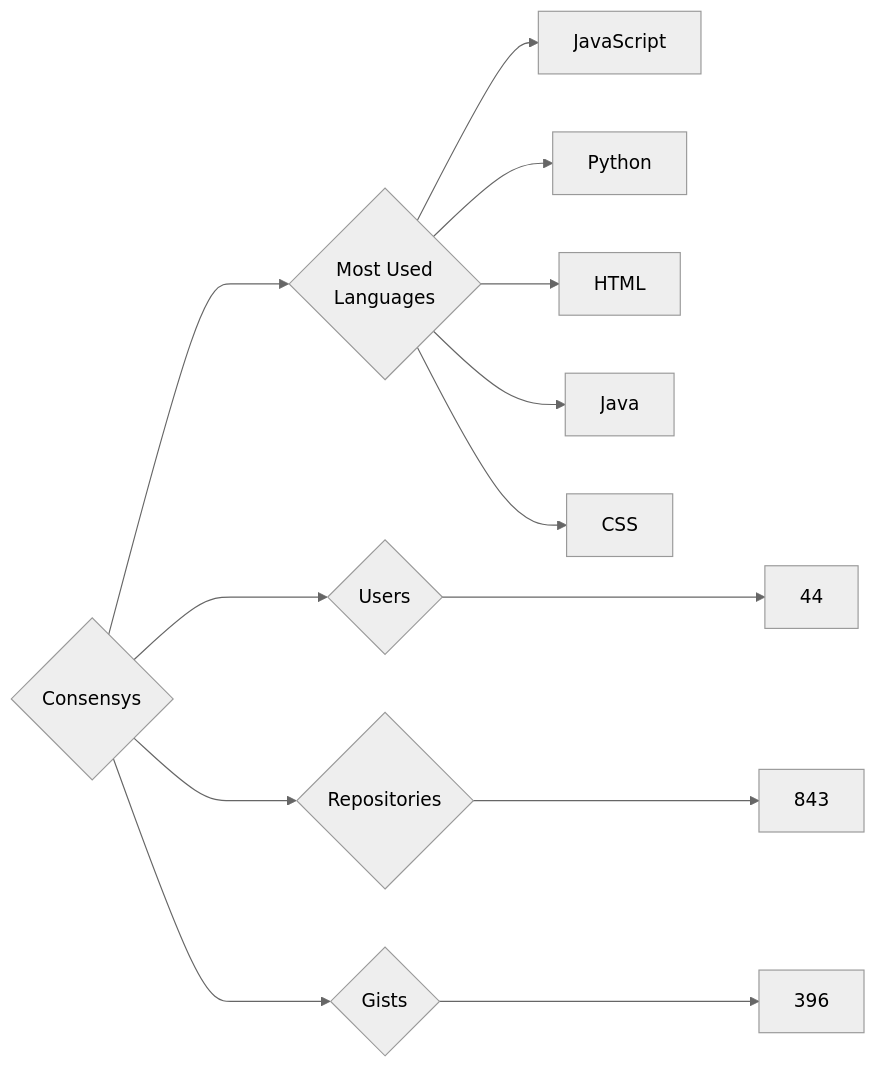
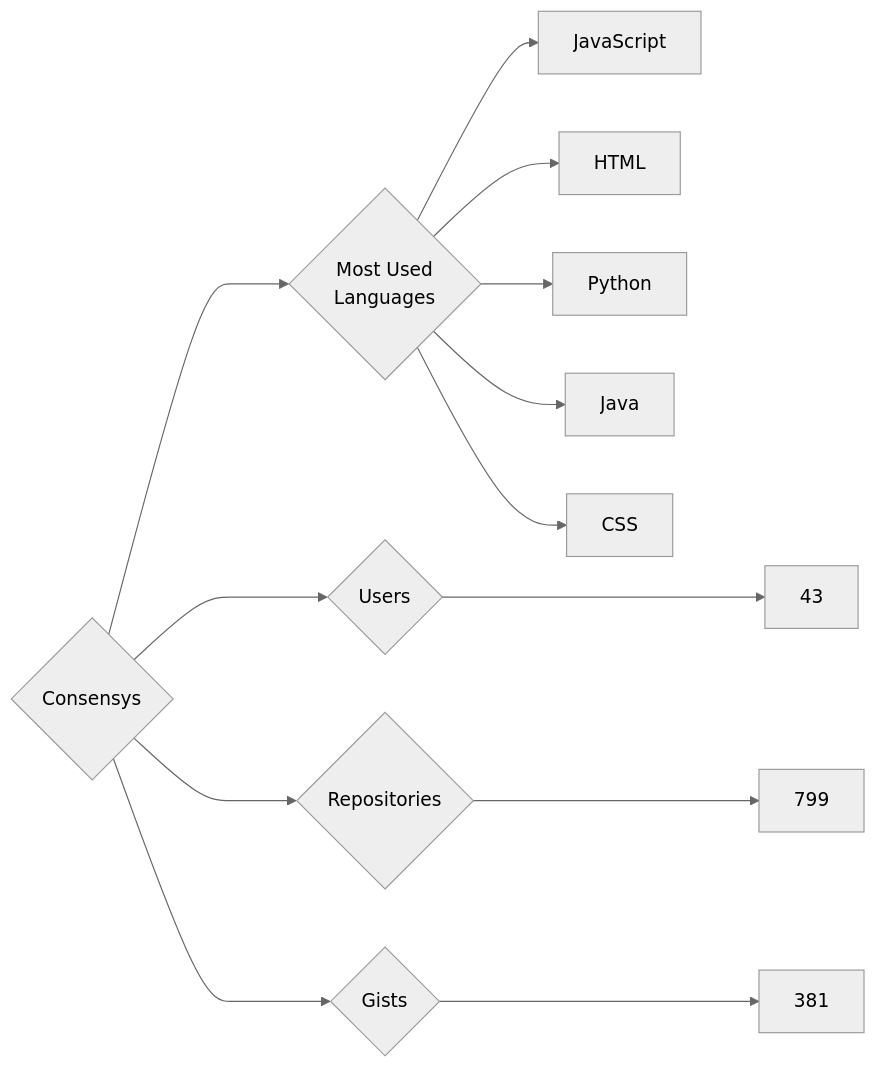
The diagram in targets/Consensys/README.md (trickest/insiders), drawn with Mermaid (neutral theme) before and after one commit. The commit also changed 614 other files, not shown here.

````diff
--- a/targets/Consensys/README.md
+++ b/targets/Consensys/README.md
@@ -3,13 +3,13 @@
 ```mermaid
 graph LR
 COMPANY_NAME{Consensys}
-COMPANY_NAME ---> U{Users} ---> UN[44]
-COMPANY_NAME ---> R{Repositories} ---> RN[843]
-COMPANY_NAME ---> G{Gists} ---> GN[396]
+COMPANY_NAME ---> U{Users} ---> UN[43]
+COMPANY_NAME ---> R{Repositories} ---> RN[799]
+COMPANY_NAME ---> G{Gists} ---> GN[381]
 COMPANY_NAME ---> ML{Most Used<br>Languages}
 ML --> JavaScript[JavaScript]
+ML --> HTML[HTML]
 ML --> Python[Python]
-ML --> HTML[HTML]
 ML --> Java[Java]
 ML --> CSS[CSS]
 ```
````
